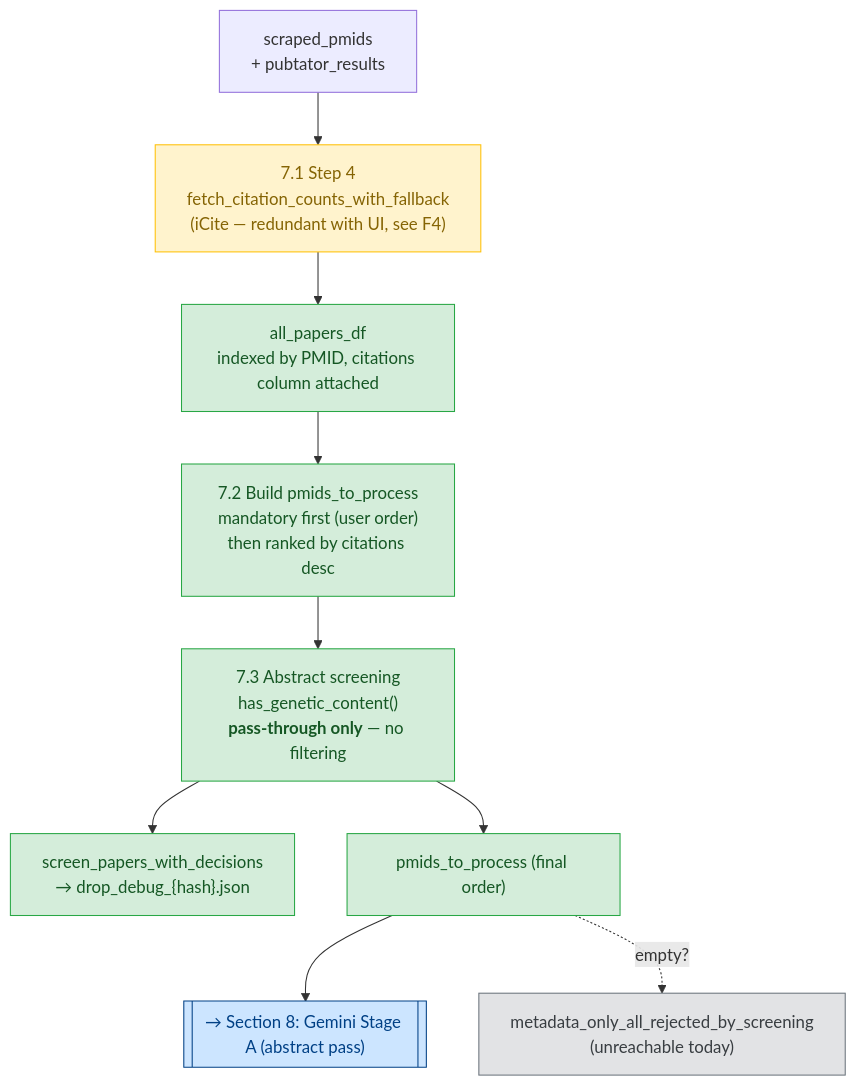
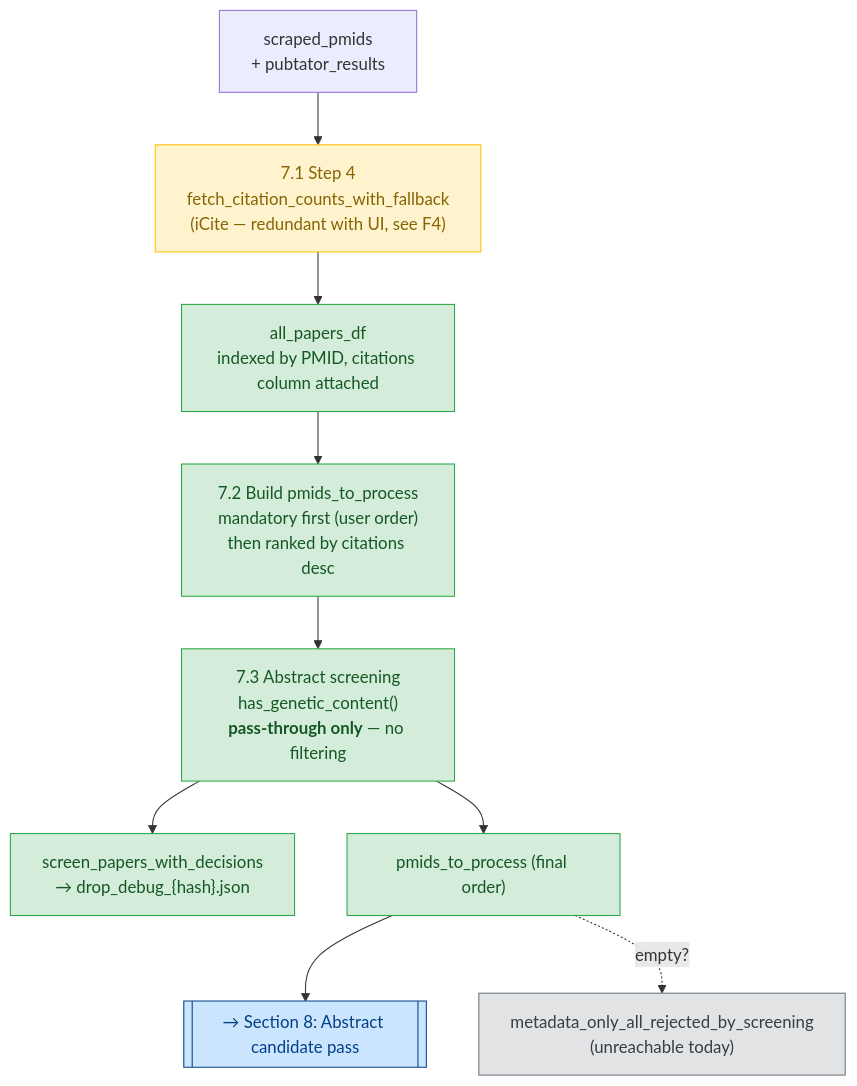
One commit to michaluppal/Researchshop-Disease2Gene changed the third of 11 diagrams in docs/pipeline/understanding.md. Above: the diagram before and after it, drawn with Mermaid. The commit also changed other lines of this file and 44 other files, not shown here.

````diff
--- a/docs/pipeline/understanding.md
+++ b/docs/pipeline/understanding.md
@@ -1053,27 +1056,27 @@
 ```mermaid
 flowchart TD
     Start["scraped_pmids<br/>+ pubtator_results"]
 
     Start --> Cite["7.1 Step 4<br/>fetch_citation_counts_with_fallback<br/>(iCite — redundant with UI, see F4)"]
     Cite --> DF["all_papers_df<br/>indexed by PMID, citations column attached"]
 
     DF --> Rank["7.2 Build pmids_to_process<br/>mandatory first (user order)<br/>then ranked by citations desc"]
 
     Rank --> Screen["7.3 Abstract screening<br/>has_genetic_content()<br/><b>pass-through only</b> — no filtering"]
     Screen --> Forensic["screen_papers_with_decisions<br/>→ drop_debug_{hash}.json"]
     Screen --> Ready["pmids_to_process (final order)"]
 
-    Ready --> S5[["→ Section 8: Gemini Stage A (abstract pass)"]]
+    Ready --> S5[["→ Section 8: Abstract candidate pass"]]
 
     Ready -.->|"empty?"| Fallback["metadata_only_all_rejected_by_screening<br/>(unreachable today)"]
 
     classDef redundant fill:#fff3cd,stroke:#ffc107,color:#856404
     classDef process fill:#d4edda,stroke:#28a745,color:#155724
     classDef handoff fill:#cce5ff,stroke:#004085,color:#004085
     classDef dead fill:#e2e3e5,stroke:#6c757d,color:#383d41
 
     class Cite redundant
     class DF,Rank,Screen,Forensic,Ready process
     class S5 handoff
     class Fallback dead
 ```
````
